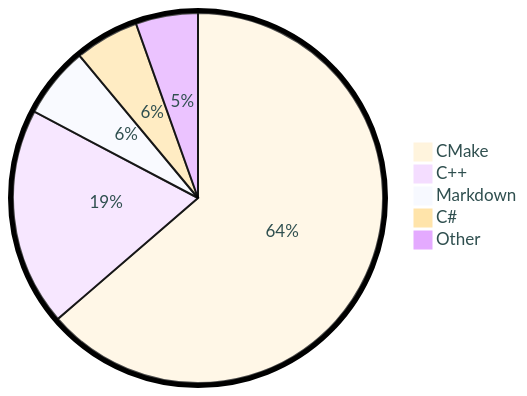
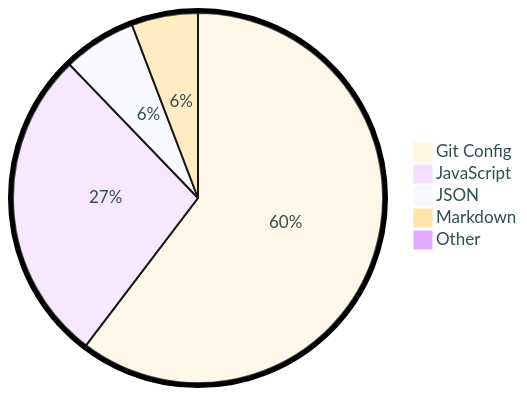
Before and after one commit to tot0p/tot0p: the diagram in README.md, drawn with Mermaid. The commit also changed other lines of this file, not shown here.

````diff
--- a/README.md
+++ b/README.md
@@ -81,9 +71,9 @@
 ```mermaid
 %%{init: {"pie": {"textPosition": 0.5}, "themeVariables": {"pieOuterStrokeWidth": "5px","primaryTextColor" : "#2F4F4F"},"theme":"base"} }%%
 pie
-	"CMake": 63.68
-	"C++": 19.06
-	"Markdown": 6.23
-	"C#": 5.61
-	"Other": 5.439999999999999
+	"Git Config": 59.83
+	"JavaScript": 27.23
+	"JSON": 6.34
+	"Markdown": 5.75
+	"Other": 0.85
 ```
````
